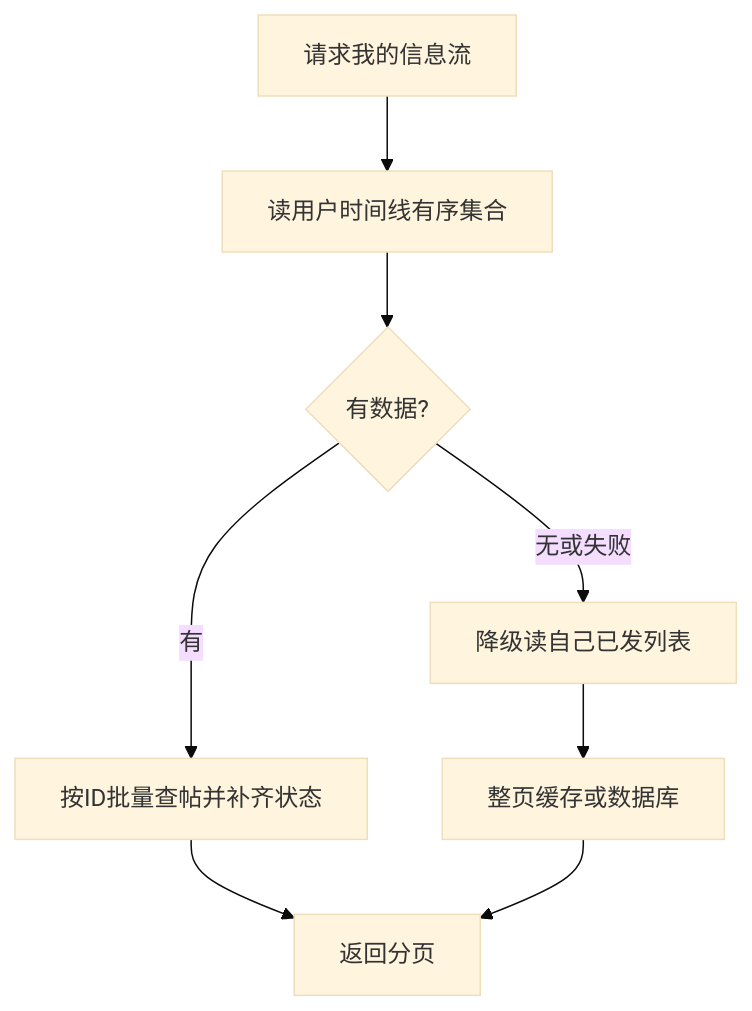
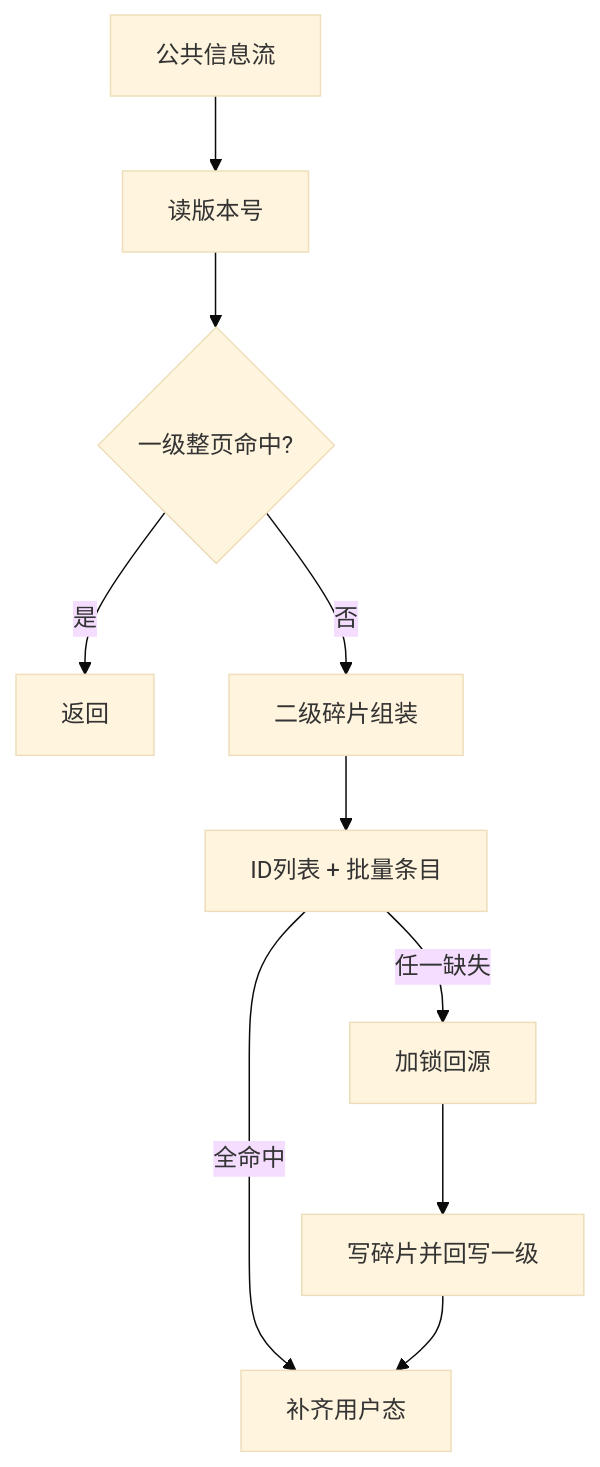
One commit to bitladykiller/zhiguang_go changed the fourth of 4 diagrams in docs/modules/04-知文内容缓存与Feed模块.md. Above: the diagram before and after it, drawn with Mermaid (base theme). The commit also changed other lines of this file and 13 other files, not shown here.

````diff
--- a/docs/modules/04-知文内容缓存与Feed模块.md
+++ b/docs/modules/04-知文内容缓存与Feed模块.md
@@ -591,10 +199,12 @@
 ```mermaid
 flowchart TD
-    A[请求我的信息流] --> B[读用户时间线有序集合]
-    B --> C{有数据?}
-    C -->|有| D[按ID批量查帖并补齐状态]
-    C -->|无或失败| E[降级读自己已发列表]
-    E --> F[整页缓存或数据库]
-    D --> G[返回分页]
-    F --> G
+    A[公共信息流] --> B[读版本号]
+    B --> C{一级整页命中?}
+    C -->|是| D[返回]
+    C -->|否| E[二级碎片组装]
+    E --> F[ID列表 + 批量条目]
+    F -->|任一缺失| G[加锁回源]
+    F -->|全命中| H[补齐用户态]
+    G --> I[写碎片并回写一级]
+    I --> H
 ```
````
